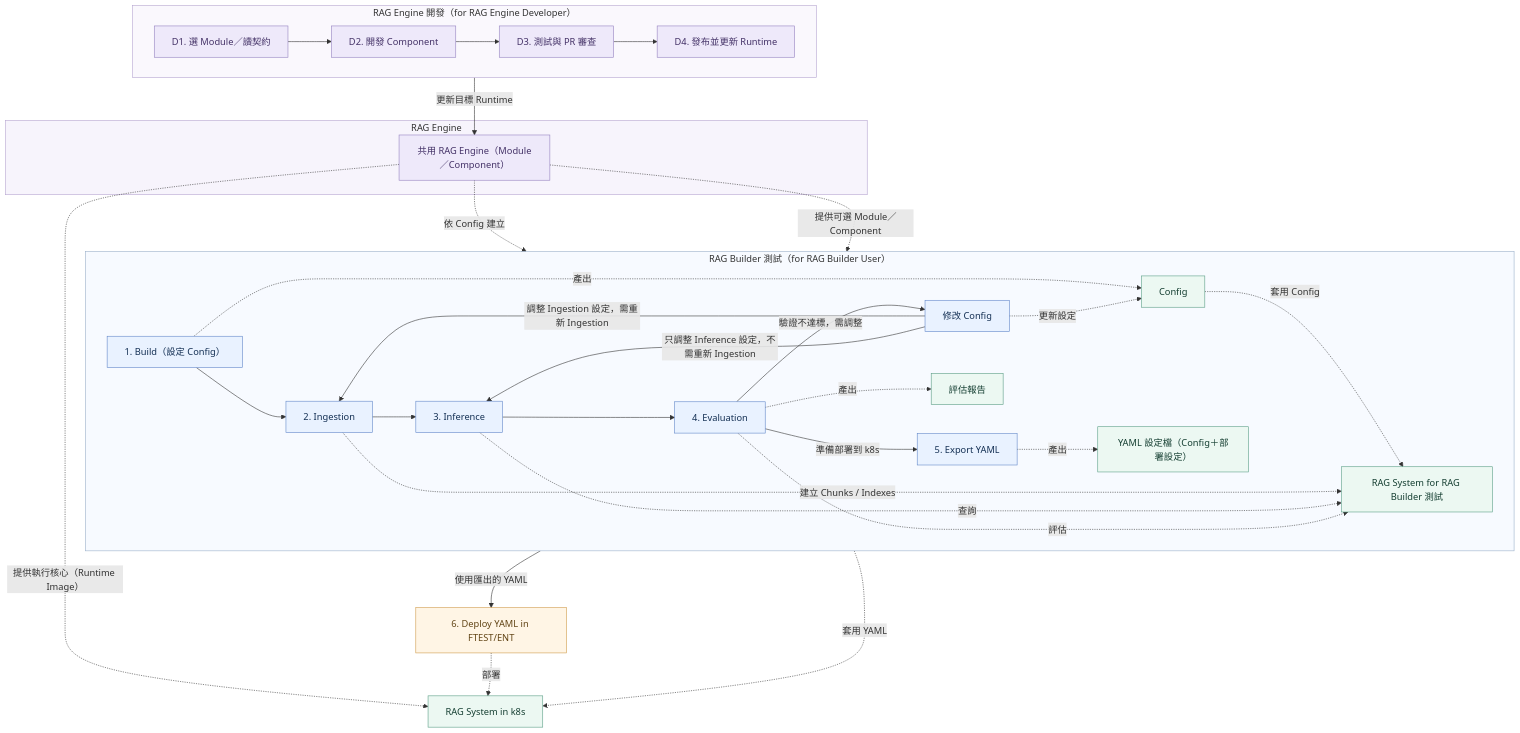
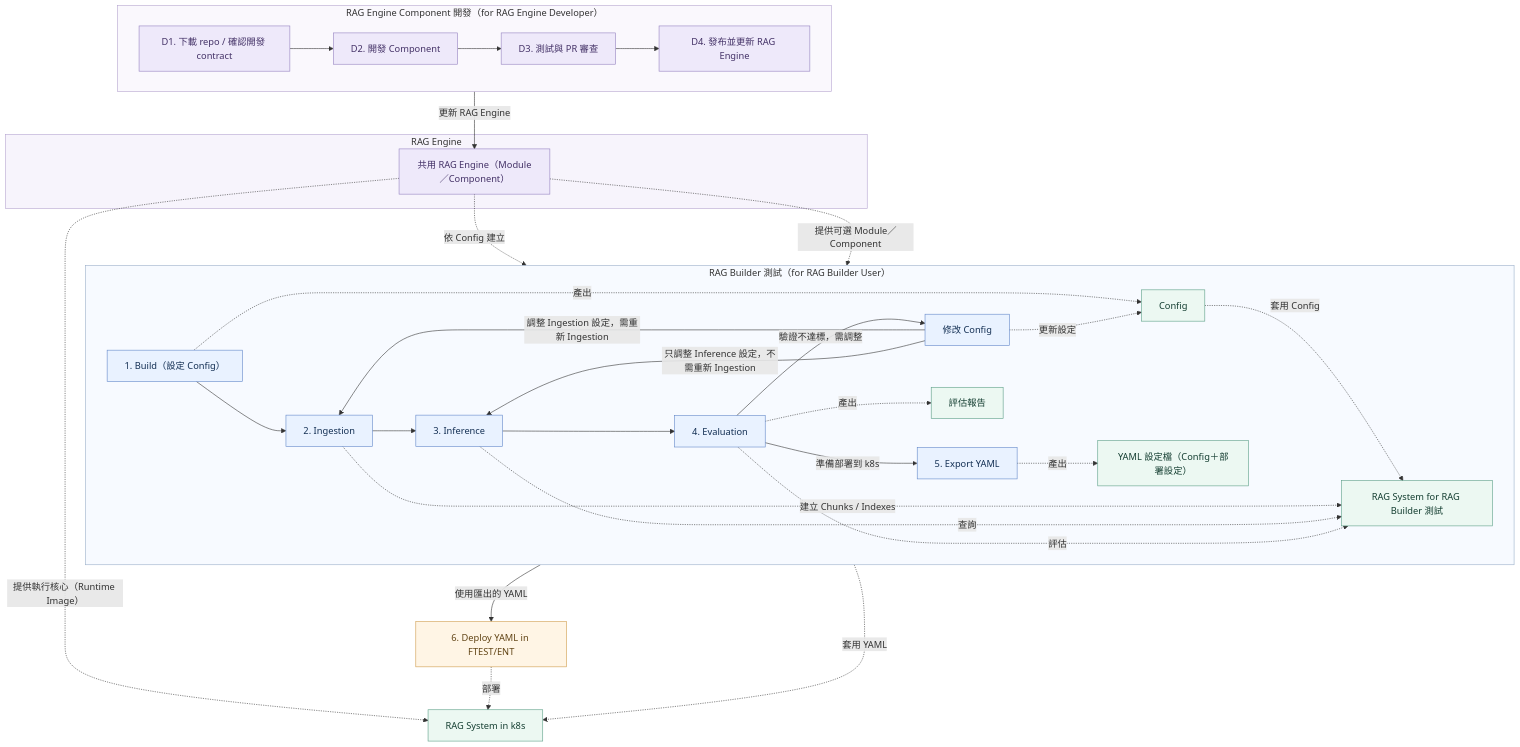
One commit to SunnyWenwen/rag_platform changed the diagram in diagrams/01_user_system_l1.mmd. Above: the diagram before and after it, drawn with Mermaid. The commit also changed 9 other files, not shown here.

First line of the commit message:
docs: align Component development labels with requested wording

```diff
--- a/diagrams/01_user_system_l1.mmd
+++ b/diagrams/01_user_system_l1.mmd
@@ -1,61 +1,61 @@
 flowchart TB
     %% 節點與關係定義；三層固定版面見同名 SVG，PNG 由 SVG 產生。
-    %% 上：RAG Builder 測試；中：共用 RAG Engine；下：RAG Engine 開發。
+    %% 上：RAG Builder 測試；中：共用 RAG Engine；下：RAG Engine Component 開發。
     %% Runtime API／Image 包裝見 02 Infra；本圖以 Engine 與設定建立 System 表達。
     subgraph BUILDER["RAG Builder 測試（for RAG Builder User）"]
         direction LR
         B["1. Build（設定 Config）"] --> I["2. Ingestion"]
         I --> Q["3. Inference"]
         Q --> E["4. Evaluation"]
         E -->|準備部署到 k8s| X["5. Export YAML"]
         E -->|驗證不達標，需調整| C["修改 Config"]
         C -->|調整 Ingestion 設定，需重新 Ingestion| I
         C -->|只調整 Inference 設定，不需重新 Ingestion| Q
 
         F["Config"]
         S["RAG System for RAG Builder 測試"]
         R["評估報告"]
         Y["YAML 設定檔（Config＋部署設定）"]
 
         B -. 產出 .-> F
         C -. 更新設定 .-> F
         F -. 套用 Config .-> S
         I -. "建立 Chunks / Indexes" .-> S
         Q -. 查詢 .-> S
         E -. 評估 .-> S
         E -. 產出 .-> R
         X -. 產出 .-> Y
     end
 
     D["6. Deploy YAML in FTEST/ENT"]
     K["RAG System in k8s"]
     X -->|使用匯出的 YAML| D
     D -. 部署 .-> K
     Y -. 套用 YAML .-> K
 
     subgraph ENGINE["RAG Engine"]
         GE["共用 RAG Engine（Module／Component）"]
     end
     GE -. 依 Config 建立 .-> S
     GE -. "提供執行核心（Runtime Image）" .-> K
     GE -. "提供可選 Module／Component" .-> B
 
-    subgraph DEVELOPMENT["RAG Engine 開發（for RAG Engine Developer）"]
+    subgraph DEVELOPMENT["RAG Engine Component 開發（for RAG Engine Developer）"]
         direction LR
-        DEV1["D1. 選 Module／讀契約"] --> DEV2["D2. 開發 Component"]
+        DEV1["D1. 下載 repo / 確認開發 contract"] --> DEV2["D2. 開發 Component"]
         DEV2 --> DEV3["D3. 測試與 PR 審查"]
-        DEV3 --> DEV4["D4. 發布並更新 Runtime"]
+        DEV3 --> DEV4["D4. 發布並更新 RAG Engine"]
     end
-    DEV4 -->|更新目標 Runtime| GE
+    DEV4 -->|更新 RAG Engine| GE
 
     classDef user fill:#e9f2ff,stroke:#6086c8,color:#143054
     classDef system fill:#ecf8f2,stroke:#599d85,color:#153f32
     classDef deploy fill:#fff5e5,stroke:#cf9b4a,color:#624516
     classDef engine fill:#eee9fa,stroke:#9380bf,color:#443267
     class B,I,Q,E,X,C user
     class F,S,R,Y,K system
     class D deploy
     class GE,DEV1,DEV2,DEV3,DEV4 engine
     style BUILDER fill:#f7faff,stroke:#9aafc9
     style ENGINE fill:#f7f4fc,stroke:#b5a4d0
     style DEVELOPMENT fill:#faf8fd,stroke:#b5a4d0
```
